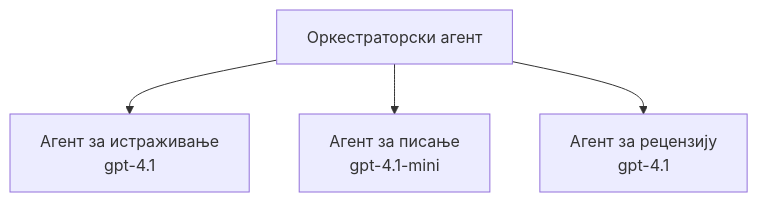
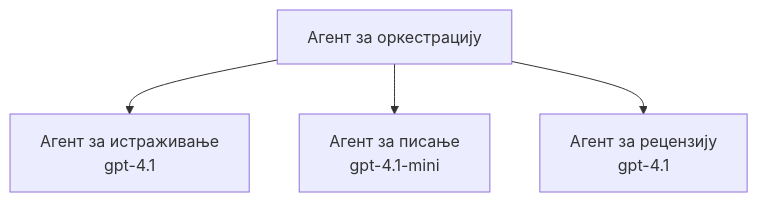
The third of 3 diagrams in translations/sr/docs/chapter-02-ai-development/agents.md (microsoft/AZD-for-beginners), drawn with Mermaid before and after one commit. The commit also changed other lines of this file and 104 other files, not shown here.

````diff
--- a/translations/sr/docs/chapter-02-ai-development/agents.md
+++ b/translations/sr/docs/chapter-02-ai-development/agents.md
@@ -194,6 +201,6 @@
 ```mermaid
 graph TD
-    Orchestrator[Оркестраторски агент] --> Research[Агент за истраживање<br/>gpt-4.1]
+    Orchestrator[Агент за оркестрацију] --> Research[Агент за истраживање<br/>gpt-4.1]
     Orchestrator --> Writer[Агент за писање<br/>gpt-4.1-mini]
     Orchestrator --> Reviewer[Агент за рецензију<br/>gpt-4.1]
 ```
````
